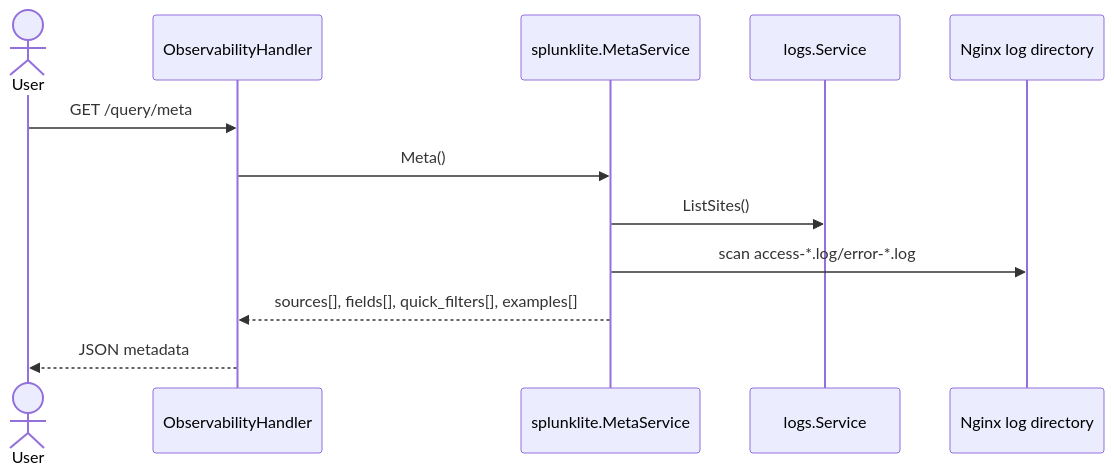
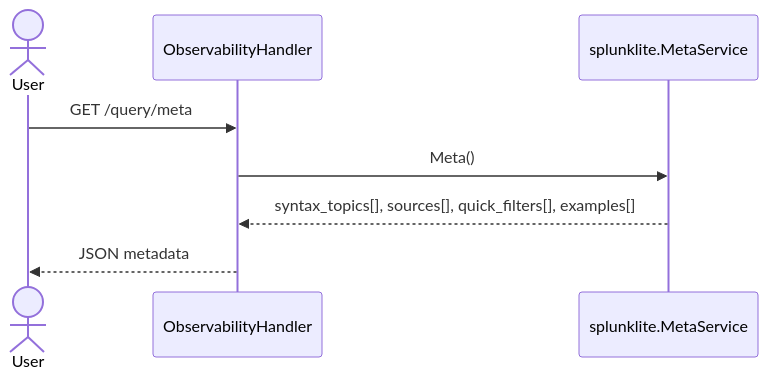
One commit to jahrulnr/GoSite changed the first of 2 diagrams in docs/sequences/17-splunk-lite_id.md. Above: the diagram before and after it, drawn with Mermaid. The commit also changed other lines of this file and 30 other files, not shown here.

````diff
--- a/docs/sequences/17-splunk-lite_id.md
+++ b/docs/sequences/17-splunk-lite_id.md
@@ -37,15 +25,11 @@
 ```mermaid
 sequenceDiagram
     actor User
     participant H as ObservabilityHandler
     participant M as splunklite.MetaService
-    participant L as logs.Service
-    participant FS as Nginx log directory
 
     User->>H: GET /query/meta
     H->>M: Meta()
-    M->>L: ListSites()
-    M->>FS: scan access-*.log/error-*.log
-    M-->>H: sources[], fields[], quick_filters[], examples[]
+    M-->>H: syntax_topics[], sources[], quick_filters[], examples[]
     H-->>User: JSON metadata
 ```
````
